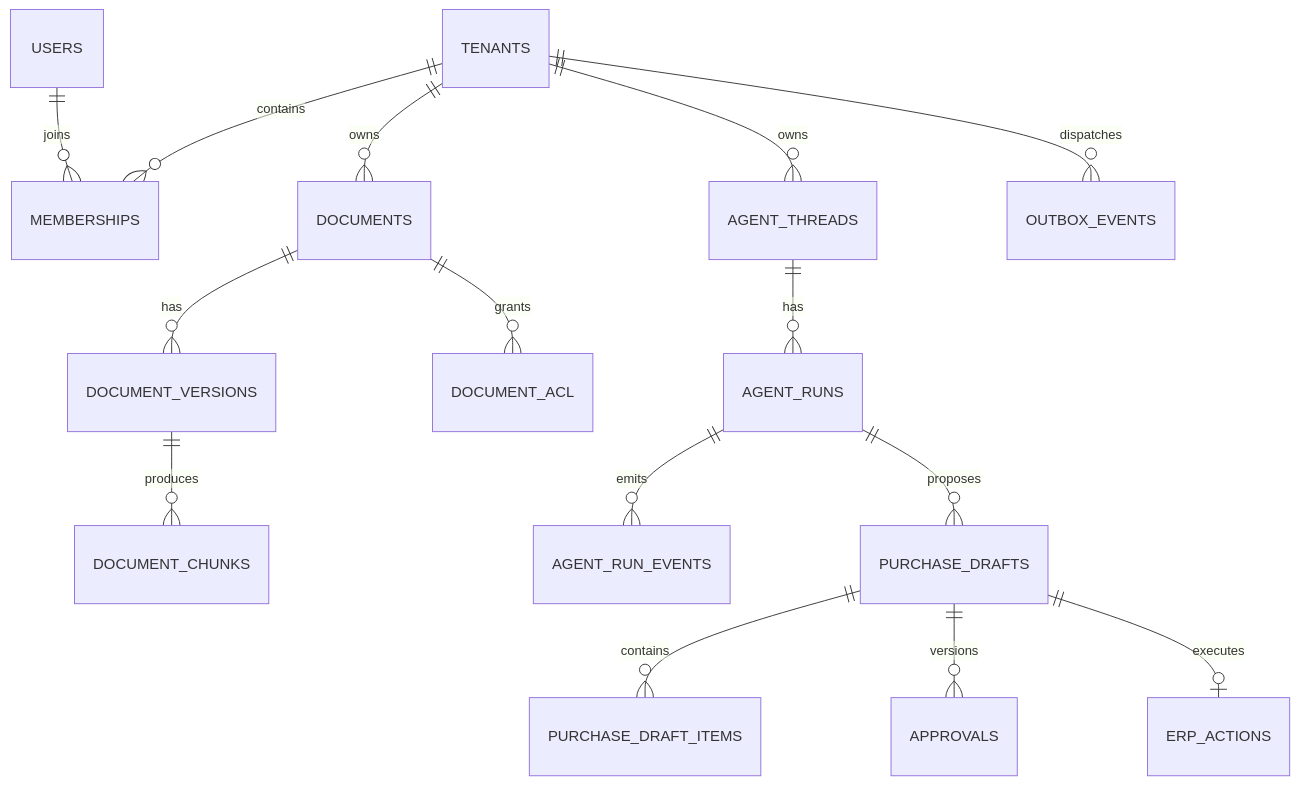
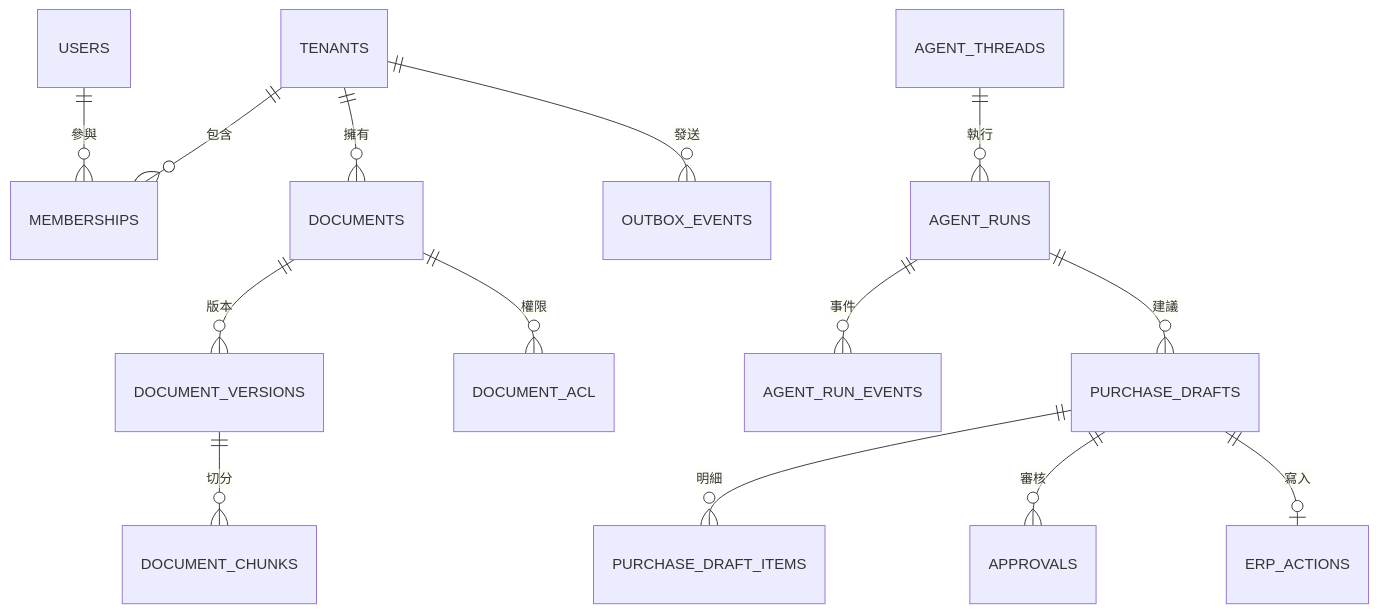
The diagram in docs/database/SCHEMA.md (kuangltw/enterprise-ai-operations-agent), drawn with Mermaid before and after one commit. The commit also changed other lines of this file, not shown here.

Commit message:
docs: 中文化 docs/database/SCHEMA.md 並同步 ASP.NET Core Demo ERP 規格

````diff
--- a/docs/database/SCHEMA.md
+++ b/docs/database/SCHEMA.md
@@ -7,17 +14,16 @@
 ```mermaid
 erDiagram
- TENANTS ||--o{ MEMBERSHIPS : contains
- USERS ||--o{ MEMBERSHIPS : joins
- TENANTS ||--o{ DOCUMENTS : owns
- DOCUMENTS ||--o{ DOCUMENT_VERSIONS : has
- DOCUMENTS ||--o{ DOCUMENT_ACL : grants
- DOCUMENT_VERSIONS ||--o{ DOCUMENT_CHUNKS : produces
- TENANTS ||--o{ AGENT_THREADS : owns
- AGENT_THREADS ||--o{ AGENT_RUNS : has
- AGENT_RUNS ||--o{ AGENT_RUN_EVENTS : emits
- AGENT_RUNS ||--o{ PURCHASE_DRAFTS : proposes
- PURCHASE_DRAFTS ||--o{ PURCHASE_DRAFT_ITEMS : contains
- PURCHASE_DRAFTS ||--o{ APPROVALS : versions
- PURCHASE_DRAFTS ||--o| ERP_ACTIONS : executes
- TENANTS ||--o{ OUTBOX_EVENTS : dispatches
+ TENANTS ||--o{ MEMBERSHIPS : "包含"
+ USERS ||--o{ MEMBERSHIPS : "參與"
+ TENANTS ||--o{ DOCUMENTS : "擁有"
+ DOCUMENTS ||--o{ DOCUMENT_VERSIONS : "版本"
+ DOCUMENTS ||--o{ DOCUMENT_ACL : "權限"
+ DOCUMENT_VERSIONS ||--o{ DOCUMENT_CHUNKS : "切分"
+ AGENT_THREADS ||--o{ AGENT_RUNS : "執行"
+ AGENT_RUNS ||--o{ AGENT_RUN_EVENTS : "事件"
+ AGENT_RUNS ||--o{ PURCHASE_DRAFTS : "建議"
+ PURCHASE_DRAFTS ||--o{ PURCHASE_DRAFT_ITEMS : "明細"
+ PURCHASE_DRAFTS ||--o{ APPROVALS : "審核"
+ PURCHASE_DRAFTS ||--o| ERP_ACTIONS : "寫入"
+ TENANTS ||--o{ OUTBOX_EVENTS : "發送"
 ```
````
